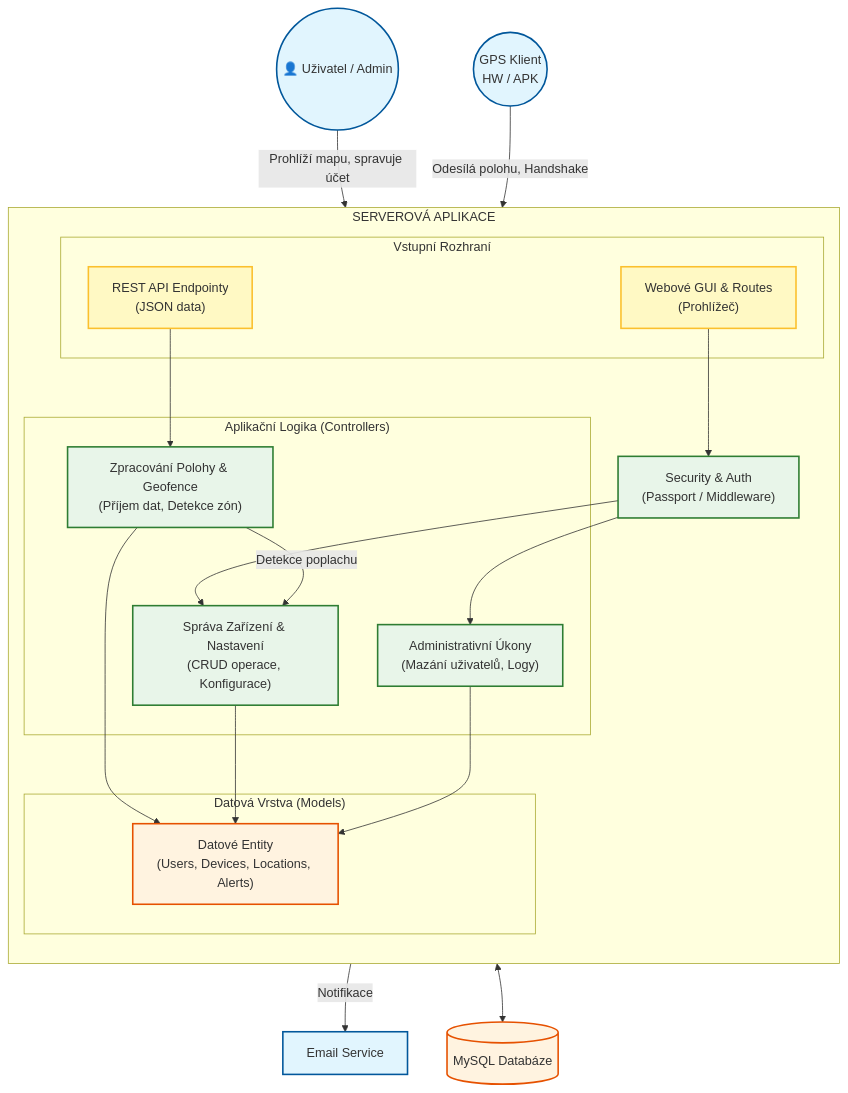
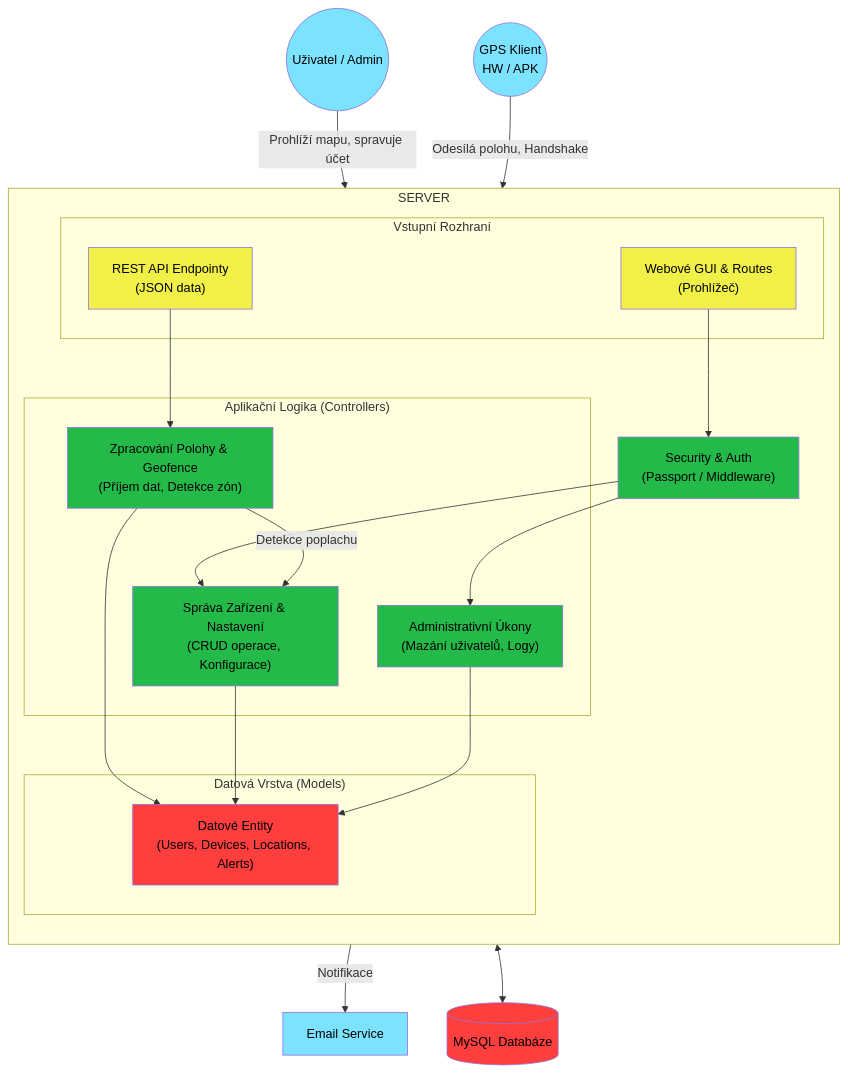
Before and after one commit to Balner123/GPS_server_NodeJS: the diagram in docs&LaTex/docs_server/schemas/use_case_diagram.md, drawn with Mermaid. The commit also changed 153 other files, not shown here.

````diff
--- a/docs&LaTex/docs_server/schemas/use_case_diagram.md
+++ b/docs&LaTex/docs_server/schemas/use_case_diagram.md
@@ -1,69 +1,71 @@
 ```mermaid
 flowchart TD
     %% --- DEFINICE STYLŮ ---
-    classDef actor fill:#e1f5fe,stroke:#01579b,stroke-width:2px;
-    classDef system fill:#fff,stroke:#333,stroke-width:2px,stroke-dasharray: 5 5;
-    classDef logic fill:#e8f5e9,stroke:#2e7d32,stroke-width:2px;
-    classDef data fill:#fff3e0,stroke:#e65100,stroke-width:2px;
-    classDef ui fill:#fff9c4,stroke:#fbc02d,stroke-width:2px;
+    classDef actor fill:#7ce3ff;
+    classDef system fill:#a8a8a8,stroke-dasharray: 5 5;
+    classDef logic fill:#24ba49;
+    classDef data fill:#ff3e3e;
+    classDef ui fill:#f0f048;
+
+    classDef default color:#000000;
 
     %% --- 1. AKTÉŘI (Actors) ---
-    User((👤 Uživatel / Admin)):::actor
+    User((Uživatel / Admin)):::actor
     Device((GPS Klient<br>HW / APK)):::actor
 
     %% --- 2. SYSTÉM (Node.js Server) ---
-    subgraph System ["SERVEROVÁ APLIKACE"]
+    subgraph System ["SERVER"]
         direction TB
 
         %% Prezentační Vrstva (Vstup)
         subgraph Interface ["Vstupní Rozhraní"]
             WebUI["Webové GUI & Routes<br>(Prohlížeč)"]:::ui
             API["REST API Endpointy<br>(JSON data)"]:::ui
         end
 
         %% Bezpečnost
         AuthBlock["Security & Auth<br>(Passport / Middleware)"]:::logic
 
         %% Aplikační Logika (Sloučené Controllery)
         subgraph BusinessLogic ["Aplikační Logika (Controllers)"]
             Logic_Tracking["Zpracování Polohy & Geofence<br>(Příjem dat, Detekce zón)"]:::logic
             Logic_Mgmt["Správa Zařízení & Nastavení<br>(CRUD operace, Konfigurace)"]:::logic
             Logic_Admin["Administrativní Úkony<br>(Mazání uživatelů, Logy)"]:::logic
         end
 
         %% Datová Vrstva (Sloučené Modely)
         subgraph DataLayer ["Datová Vrstva (Models)"]
             Entities["Datové Entity<br>(Users, Devices, Locations, Alerts)"]:::data
         end
         
     end
 
     %% --- 3. EXTERNÍ ZDROJE ---
     DB[("MySQL Databáze")]:::data
     Mail["Email Service"]:::actor
 
     %% --- VZTAHY A TOKY ---
 
     %% Interakce Uživatele (Use Cases)
     User -- "Prohlíží mapu, spravuje účet" --> WebUI
     WebUI --> AuthBlock
     AuthBlock --> Logic_Mgmt
     AuthBlock --> Logic_Admin
 
     %% Interakce Zařízení (Use Cases)
     Device -- "Odesílá polohu, Handshake" --> API
     API --> Logic_Tracking
     
     %% Logické vazby
     Logic_Tracking -- "Detekce poplachu" --> Logic_Mgmt
     Logic_Tracking -- "Notifikace" --> Mail
     
     %% Tok do dat
     Logic_Tracking --> Entities
     Logic_Mgmt --> Entities
     Logic_Admin --> Entities
 
     %% Persistence
     Entities <--> DB
 
 ```
````
